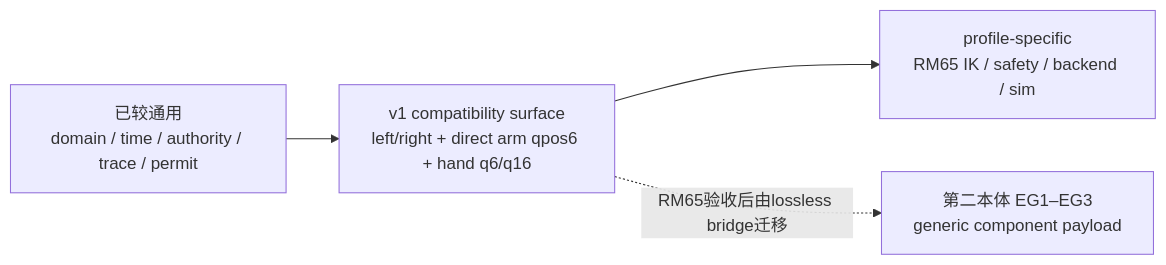
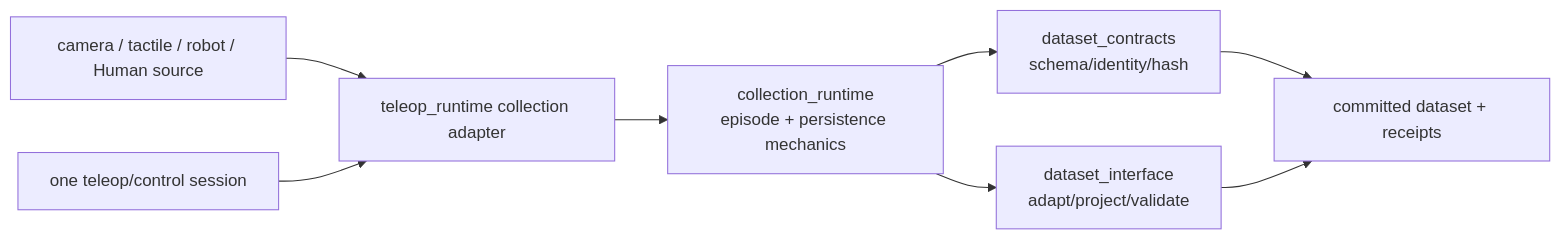
Before and after one commit to xiaopangxiexyg/AgenticRobot: the second of 9 diagrams in docs/architecture/dexteleop_architecture_visual_guide.md, drawn with Mermaid. The commit also changed other lines of this file and 3 other files, not shown here.

Commit message:
docs: refresh the architecture visual guide

````diff
--- a/docs/architecture/dexteleop_architecture_visual_guide.md
+++ b/docs/architecture/dexteleop_architecture_visual_guide.md
@@ -199,10 +82,18 @@
 ```mermaid
 flowchart LR
-    Generic["已较通用<br/>domain / time / authority / trace / permit"]
-    V1["v1 compatibility surface<br/>left/right + direct arm qpos6 + hand q6/q16"]
-    Profile["profile-specific<br/>RM65 IK / safety / backend / sim"]
-    Future["第二本体 EG1–EG3<br/>generic component payload"]
+    Device["camera / tactile / robot / Human source"]
+    Control["one teleop/control session"]
+    Adapter["teleop_runtime collection adapter"]
+    Runtime["collection_runtime<br/>episode + persistence mechanics"]
+    Contract["dataset_contracts<br/>schema/identity/hash"]
+    Interface["dataset_interface<br/>adapt/project/validate"]
+    Data["committed dataset + receipts"]
 
-    Generic --> V1 --> Profile
-    V1 -. "RM65验收后由lossless bridge迁移" .-> Future
+    Device --> Adapter
+    Control --> Adapter
+    Adapter --> Runtime
+    Runtime --> Contract
+    Runtime --> Interface
+    Contract --> Data
+    Interface --> Data
 ```
````
